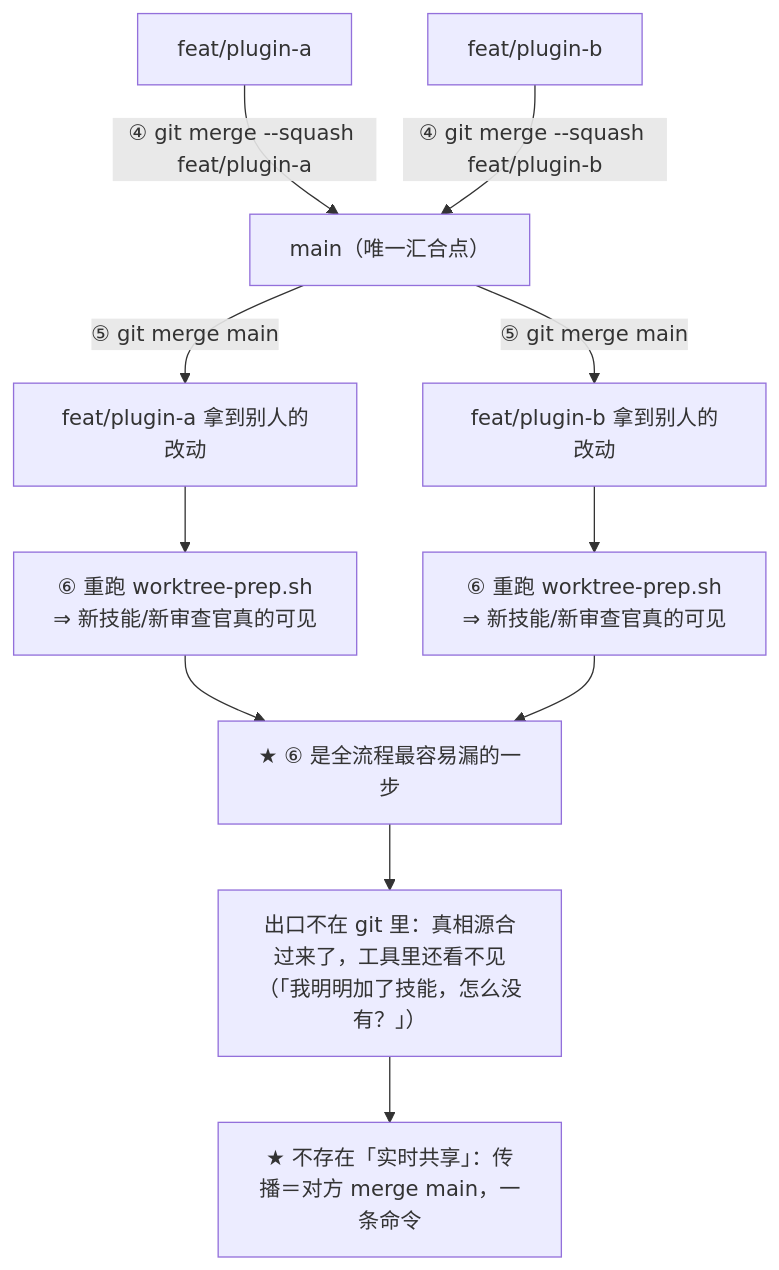
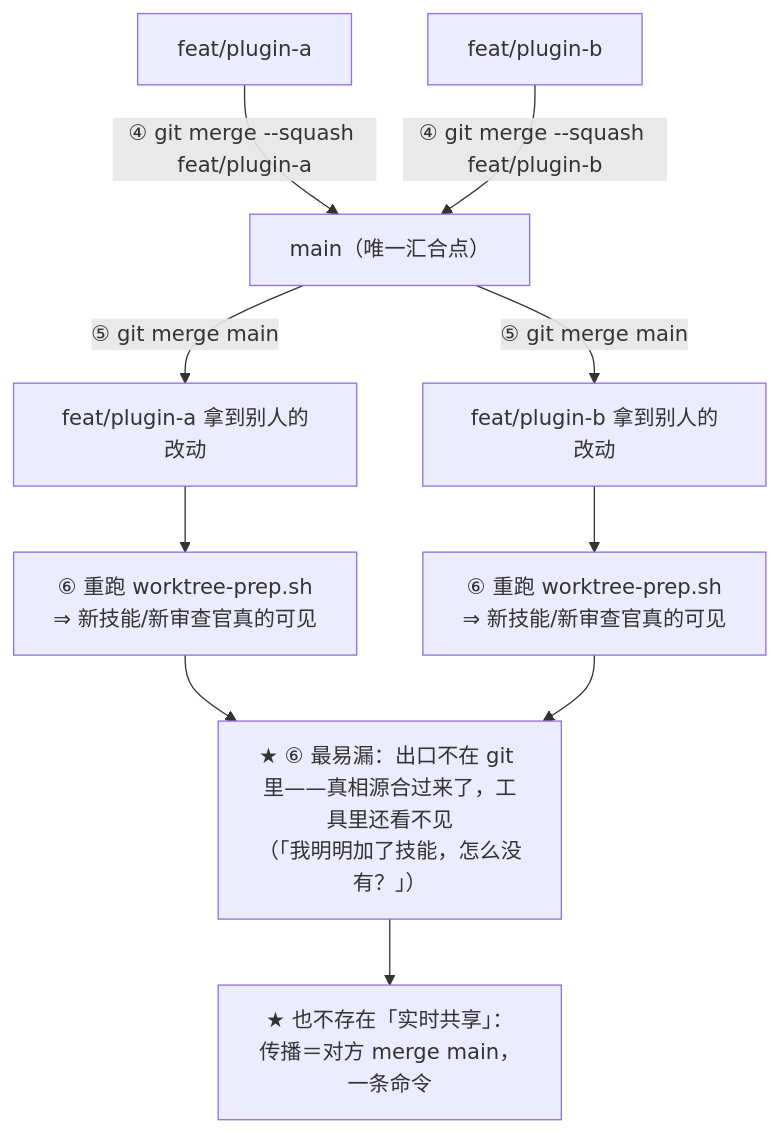
The fifth of 7 diagrams in docs/architecture/ai-context-engineering.md (adaios/adaios), drawn with Mermaid before and after one commit. The commit also changed other lines of this file, not shown here.

First line of the commit message:
docs(architecture): 压回 300 行红线内（自查发现 307 行超限）

````diff
--- a/docs/architecture/ai-context-engineering.md
+++ b/docs/architecture/ai-context-engineering.md
@@ -190,16 +184,15 @@
 ```mermaid
 flowchart TD
     MAIN["main（唯一汇合点）"]
     A["feat/plugin-a"]
     B["feat/plugin-b"]
     A -->|"④ git merge --squash feat/plugin-a"| MAIN
     B -->|"④ git merge --squash feat/plugin-b"| MAIN
     MAIN -->|"⑤ git merge main"| A2["feat/plugin-a 拿到别人的改动"]
     MAIN -->|"⑤ git merge main"| B2["feat/plugin-b 拿到别人的改动"]
     A2 --> A3["⑥ 重跑 worktree-prep.sh<br/>⇒ 新技能/新审查官真的可见"]
     B2 --> B3["⑥ 重跑 worktree-prep.sh<br/>⇒ 新技能/新审查官真的可见"]
-    A3 --> W["★ ⑥ 是全流程最容易漏的一步"]
+    A3 --> W["★ ⑥ 最易漏：出口不在 git 里——真相源合过来了，工具里还看不见<br/>（「我明明加了技能，怎么没有？」）"]
     B3 --> W
-    W --> X["出口不在 git 里：真相源合过来了，工具里还看不见<br/>（「我明明加了技能，怎么没有？」）"]
-    X --> Y["★ 不存在「实时共享」：传播＝对方 merge main，一条命令"]
+    W --> Y["★ 也不存在「实时共享」：传播＝对方 merge main，一条命令"]
 ```
````
